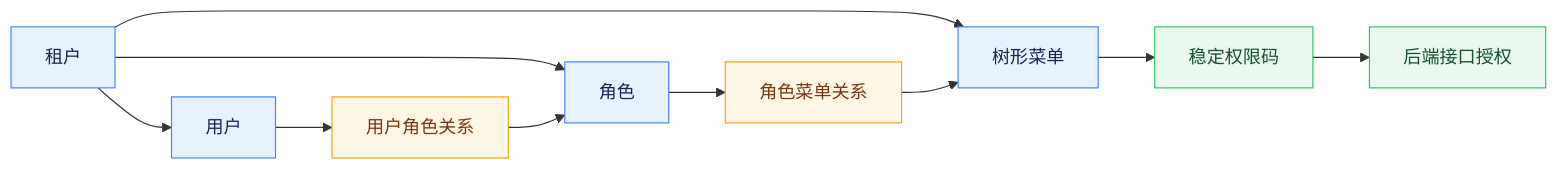
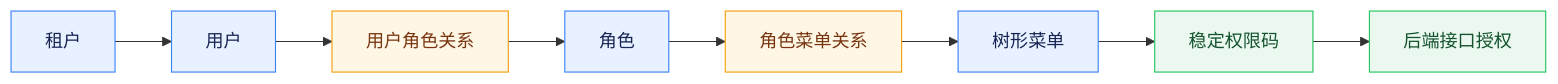
One commit to Logistic98/job-buddy changed the first of 2 diagrams in agent-doc/架构设计/账号认证与权限体系.md. Above: the diagram before and after it, drawn with Mermaid. The commit also changed other lines of this file and 32 other files, not shown here.

````diff
--- a/agent-doc/架构设计/账号认证与权限体系.md
+++ b/agent-doc/架构设计/账号认证与权限体系.md
@@ -30,19 +25,17 @@
 ```mermaid
 graph LR
     T[租户] --> U[用户]
-    T --> R[角色]
-    T --> M[树形菜单]
     U --> UR[用户角色关系]
-    UR --> R
+    UR --> R[角色]
     R --> RM[角色菜单关系]
-    RM --> M
+    RM --> M[树形菜单]
     M --> P[稳定权限码]
     P --> API[后端接口授权]
 
     classDef subject fill:#E8F1FF,stroke:#3B82F6,color:#172554;
     classDef relation fill:#FFF7E6,stroke:#F59E0B,color:#78350F;
     classDef guard fill:#EAF8F0,stroke:#22C55E,color:#14532D;
     class T,U,R,M subject;
     class UR,RM relation;
     class P,API guard;
 ```
````
